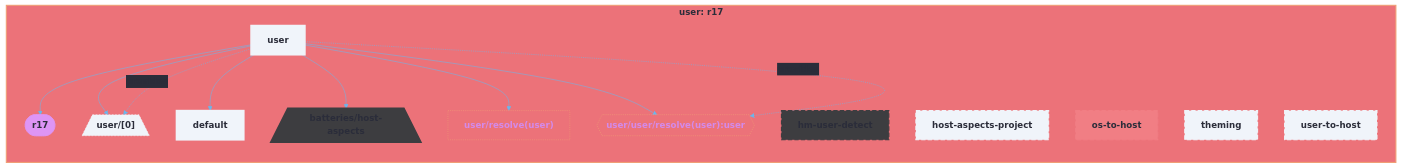
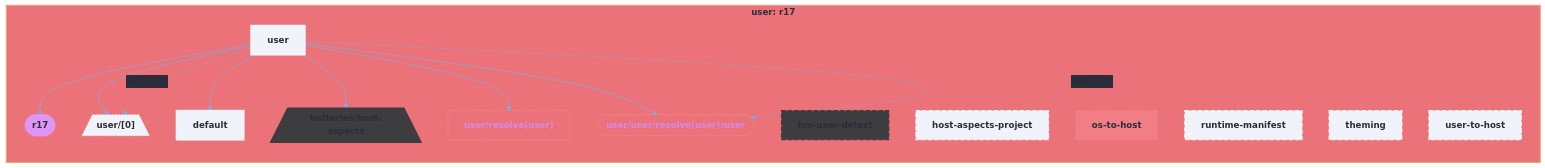
Before and after one commit to r17x/universe: the fourth of 5 diagrams in README.md, drawn with Mermaid. The commit also changed other lines of this file and 27 other files, not shown here.

````diff
--- a/README.md
+++ b/README.md
@@ -331,43 +341,45 @@
 ```mermaid
 %%{init: {"theme":"base","themeVariables":{"activationBkgColor":"#EC7279","activationBorderColor":"#EF9F76","actorBkg":"#EC7279","actorBorder":"#6CB6EB","actorLineColor":"#6CB6EB","actorTextColor":"#D38AEA","background":"#2B2D3A","classText":"#D38AEA","clusterBkg":"#EC7279","clusterBorder":"#EF9F76","edgeLabelBackground":"#2B2D3A","labelBoxBkgColor":"#EC7279","labelBoxBorderColor":"#6CB6EB","labelTextColor":"#D38AEA","lineColor":"#6CB6EB","loopTextColor":"#D38AEA","mainBkg":"#EC7279","nodeBkg":"#EC7279","nodeBorder":"#6CB6EB","nodeTextColor":"#D38AEA","noteBkgColor":"#EC7279","noteBorderColor":"#EF9F76","noteTextColor":"#D38AEA","pie1":"#3D3D40","pie2":"#F17E84","pie3":"#B1D48B","pie4":"#F5B083","pie5":"#7EC1F5","pie6":"#DE95F5","pie7":"#68C7CD","pie8":"#F0F4FA","pieLegendTextColor":"#D38AEA","pieOuterStrokeColor":"#EF9F76","pieSectionTextColor":"#D38AEA","pieStrokeColor":"#EF9F76","pieTitleTextColor":"#D38AEA","primaryBorderColor":"#6CB6EB","primaryColor":"#EC7279","primaryTextColor":"#D38AEA","secondBkg":"#EC7279","secondaryBorderColor":"#EF9F76","secondaryColor":"#EC7279","secondaryTextColor":"#D38AEA","sequenceNumberColor":"#2B2D3A","signalColor":"#6CB6EB","signalTextColor":"#D38AEA","tertiaryBorderColor":"#EF9F76","tertiaryColor":"#EC7279","tertiaryTextColor":"#D38AEA","textColor":"#D38AEA","titleColor":"#D38AEA"}}}%%
 graph LR
   r17([r17]):::root
 
   subgraph ctx_user_r17["user: r17"]
   user___policy_hm_user_detect__0_[/"user/<policy:hm-user-detect>[0]"\]:::user___policy_hm_user_detect__0__c
   n_default["default"]:::n_default_c
   hm_user_detect["hm-user-detect"]:::hm_user_detect_c
   den__batteries__host_aspects[/"batteries/host-aspects"\]:::den__batteries__host_aspects_c
   host_aspects_project["host-aspects-project"]:::host_aspects_project_c
   os_to_host["os-to-host"]:::os_to_host_c
+  runtime_manifest["runtime-manifest"]:::runtime_manifest_c
   theming["theming"]:::theming_c
   user["user"]:::user_c
   user_to_host["user-to-host"]:::user_to_host_c
   user__resolve_user_["user/resolve(user)"]:::user__resolve_user__c
   user__user__resolve_user__user{{"user/user/resolve(user):user"}}:::user__user__resolve_user__user_c
   user --> user___policy_hm_user_detect__0_
   user --> n_default
   user --> den__batteries__host_aspects
   user --> r17
   user --> user__resolve_user_
   user --> user__user__resolve_user__user
   user -.->|provides| user___policy_hm_user_detect__0_
   user -.->|provides| user__user__resolve_user__user
   end
 
 
   classDef root fill:#DE95F5,stroke:#DE95F5,color:#2B2D3A,font-weight:bold
   classDef user___policy_hm_user_detect__0__c fill:#F0F4FA,stroke:#F0F4FA,color:#2B2D3A,stroke-dasharray: 3 3,stroke-width:1px
   classDef n_default_c fill:#F0F4FA,stroke:#F0F4FA,color:#2B2D3A,stroke-width:3px
   classDef hm_user_detect_c fill:#3D3D40,stroke:#3D3D40,color:#2B2D3A,stroke-width:2px,stroke-dasharray: 8 4
   classDef den__batteries__host_aspects_c fill:#3D3D40,stroke:#3D3D40,color:#2B2D3A,stroke-width:3px
   classDef host_aspects_project_c fill:#F0F4FA,stroke:#F0F4FA,color:#2B2D3A,stroke-width:2px,stroke-dasharray: 8 4
   classDef os_to_host_c fill:#F17E84,stroke:#F17E84,color:#2B2D3A,stroke-width:2px,stroke-dasharray: 8 4
   classDef r17_c fill:#F0F4FA,stroke:#F0F4FA,color:#2B2D3A,stroke-width:3px
+  classDef runtime_manifest_c fill:#F0F4FA,stroke:#F0F4FA,color:#2B2D3A,stroke-width:2px,stroke-dasharray: 8 4
   classDef theming_c fill:#F0F4FA,stroke:#F0F4FA,color:#2B2D3A,stroke-width:2px,stroke-dasharray: 8 4
   classDef user_c fill:#F0F4FA,stroke:#F0F4FA,color:#2B2D3A,stroke-width:3px
   classDef user_to_host_c fill:#F0F4FA,stroke:#F0F4FA,color:#2B2D3A,stroke-width:2px,stroke-dasharray: 8 4
   classDef user__resolve_user__c fill:#EC7279,stroke:#EF9F76,color:#D38AEA,stroke-dasharray: 2 2,stroke-width:1px
   classDef user__user__resolve_user__user_c fill:#EC7279,stroke:#EF9F76,color:#D38AEA,stroke-dasharray: 2 2,stroke-width:1px
 style ctx_user_r17 fill:#EC7279,stroke:#EF9F76,stroke-width:2px
 ```
````
